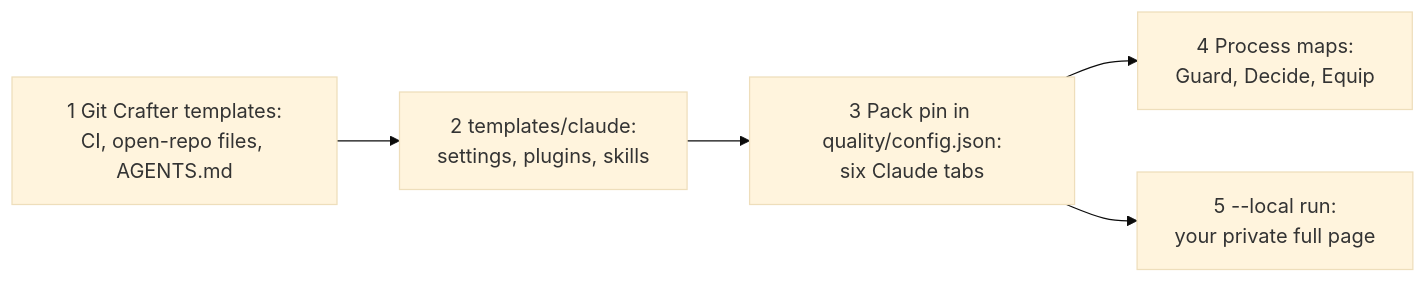
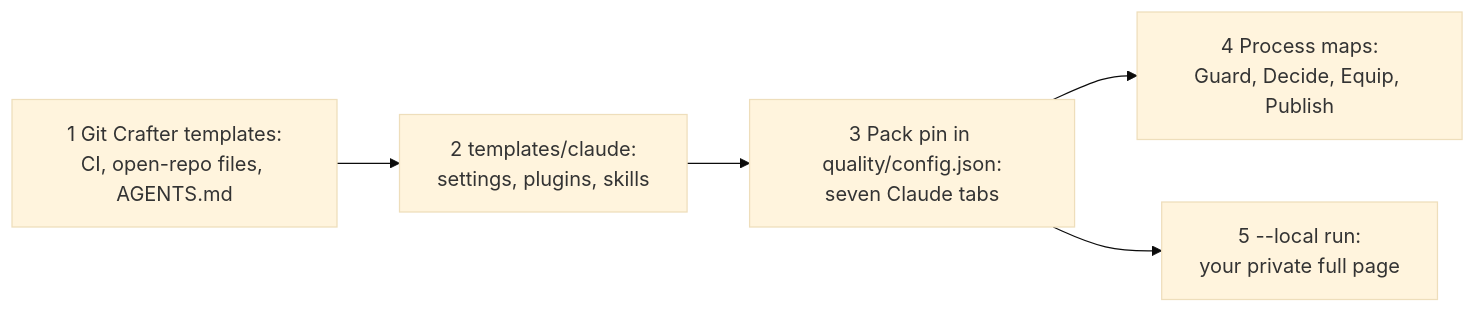
Before and after one commit to Colorado-Startups/claudius: the first of 2 diagrams in README.md, drawn with Mermaid (base theme). The commit also changed other lines of this file and 15 other files, not shown here.

````diff
--- a/README.md
+++ b/README.md
@@ -13,7 +13,7 @@
 ```mermaid
 flowchart LR
   GC[1 Git Crafter templates:<br/>CI, open-repo files, AGENTS.md] --> T[2 templates/claude:<br/>settings, plugins, skills]
-  T --> P[3 Pack pin in quality/config.json:<br/>six Claude tabs]
-  P --> M[4 Process maps:<br/>Guard, Decide, Equip]
+  T --> P[3 Pack pin in quality/config.json:<br/>seven Claude tabs]
+  P --> M[4 Process maps:<br/>Guard, Decide, Equip, Publish]
   P --> L[5 --local run:<br/>your private full page]
 ```
````
